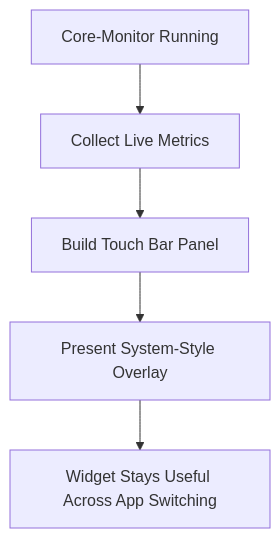
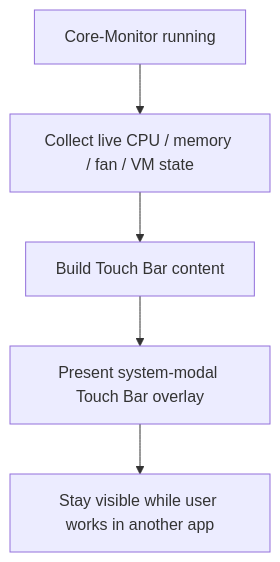
Before and after one commit to offyotto/Core-Monitor: the second of 4 diagrams in README.md, drawn with Mermaid. The commit also changed other lines of this file, not shown here.

````diff
--- a/README.md
+++ b/README.md
@@ -218,7 +263,7 @@
 ```mermaid
 flowchart TD
-    A["Core-Monitor Running"] --> B["Collect Live Metrics"]
-    B --> C["Build Touch Bar Panel"]
-    C --> D["Present System-Style Overlay"]
-    D --> E["Widget Stays Useful Across App Switching"]
+    A["Core-Monitor running"] --> B["Collect live CPU / memory / fan / VM state"]
+    B --> C["Build Touch Bar content"]
+    C --> D["Present system-modal Touch Bar overlay"]
+    D --> E["Stay visible while user works in another app"]
 ```
````
